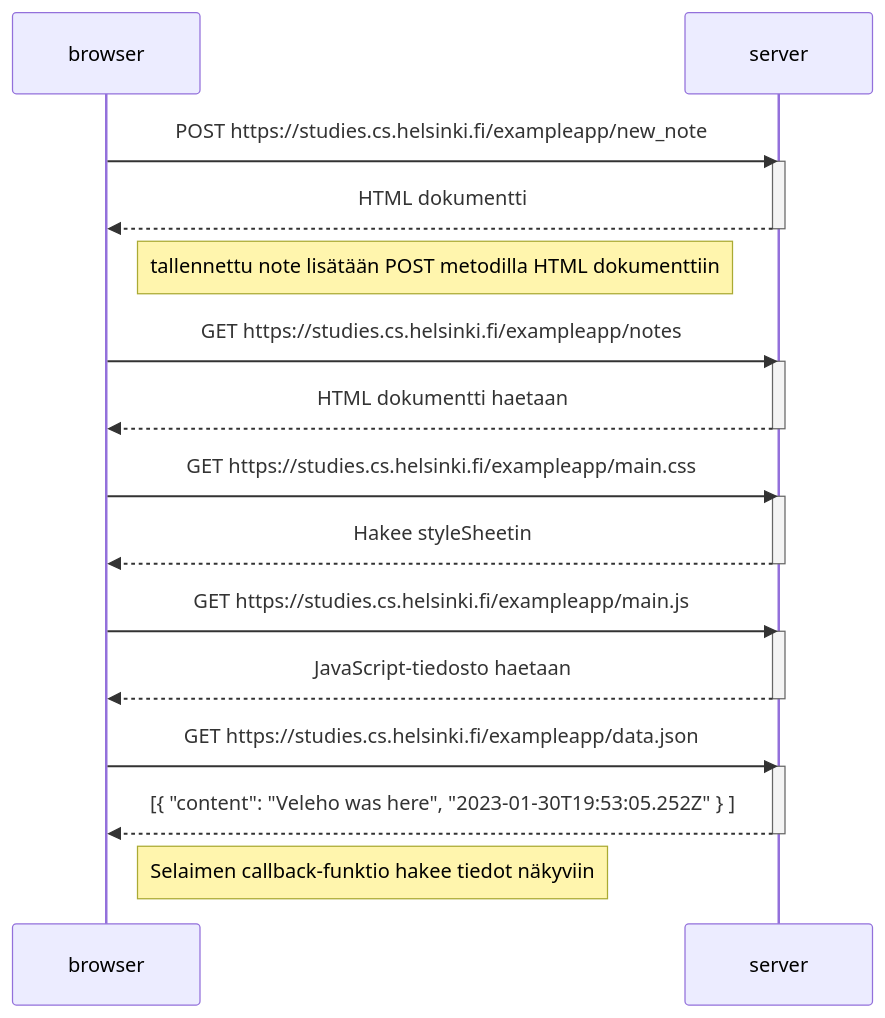
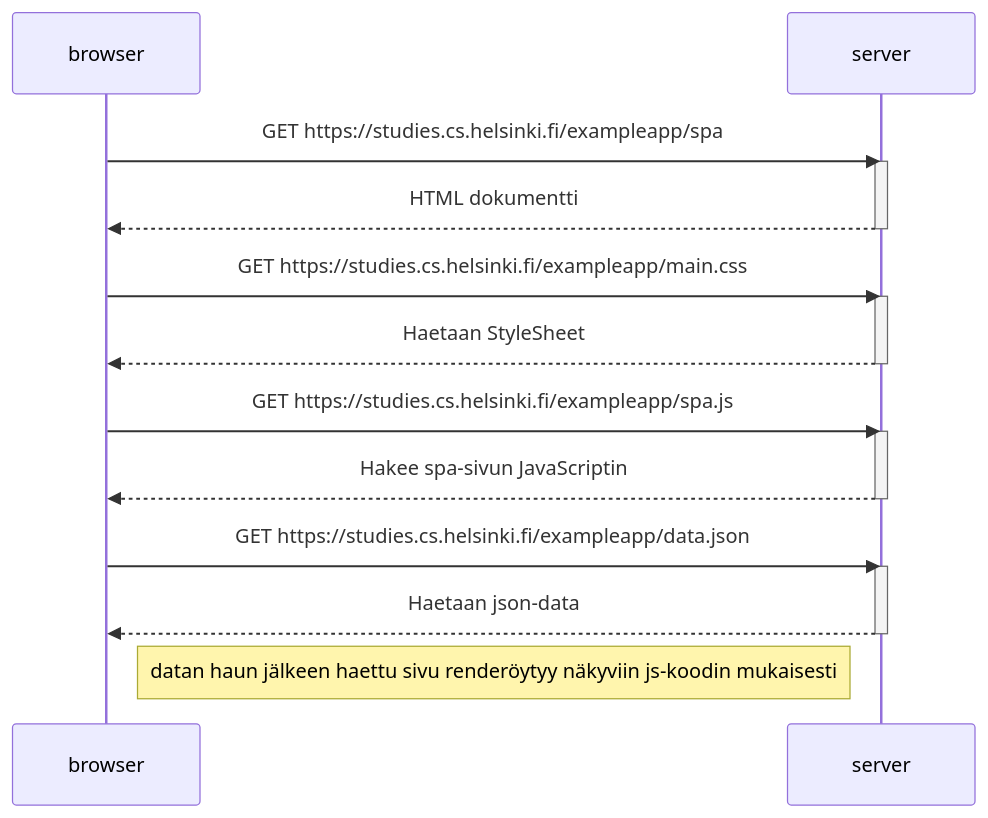
Before and after one commit to JaniTheMentalBoomer/Palautusrepositorio: the diagram in Osa0/Task05.md, drawn with Mermaid. The commit also changed other lines of this file, not shown here.

````diff
--- a/Osa0/Task05.md
+++ b/Osa0/Task05.md
@@ -5,34 +5,27 @@
 ```mermaid
 sequenceDiagram
     participant browser
     participant server
     
-    browser->>server: POST https://studies.cs.helsinki.fi/exampleapp/new_note
+    browser->>server: GET https://studies.cs.helsinki.fi/exampleapp/spa
     activate server
     server-->>browser: HTML dokumentti
     deactivate server
     
-    Note right of browser: tallennettu note lisätään POST metodilla HTML dokumenttiin
-    
-    browser->>server: GET https://studies.cs.helsinki.fi/exampleapp/notes
+    browser->>server: GET https://studies.cs.helsinki.fi/exampleapp/main.css
     activate server
-    server-->>browser: HTML dokumentti haetaan
+    server-->>browser: Haetaan StyleSheet
     deactivate server
     
-    browser->>server: GET https://studies.cs.helsinki.fi/exampleapp/main.css
+    browser->>server: GET https://studies.cs.helsinki.fi/exampleapp/spa.js
     activate server
-    server-->>browser: Hakee styleSheetin
-    deactivate server
-    
-    browser->>server: GET https://studies.cs.helsinki.fi/exampleapp/main.js
-    activate server
-    server-->>browser: JavaScript-tiedosto haetaan
+    server-->>browser: Hakee spa-sivun JavaScriptin
     deactivate server
     
     browser->>server: GET https://studies.cs.helsinki.fi/exampleapp/data.json
     activate server
-    server-->>browser: [{ "content": "Veleho was here", "2023-01-30T19:53:05.252Z" } ]
-    deactivate server    
+    server-->>browser: Haetaan json-data
+    deactivate server
 
-    Note right of browser: Selaimen callback-funktio hakee tiedot näkyviin
+    Note right of browser: datan haun jälkeen haettu sivu renderöytyy näkyviin js-koodin mukaisesti
 ```
````
